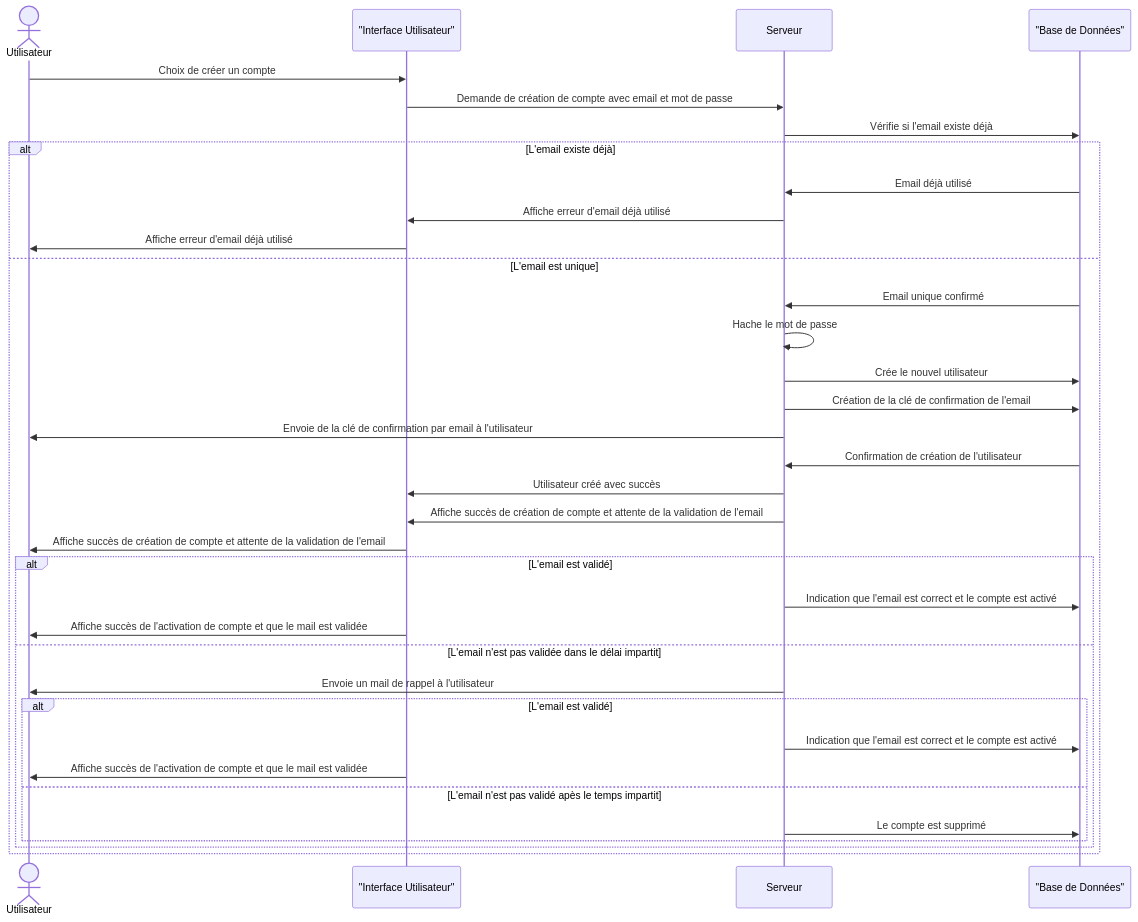
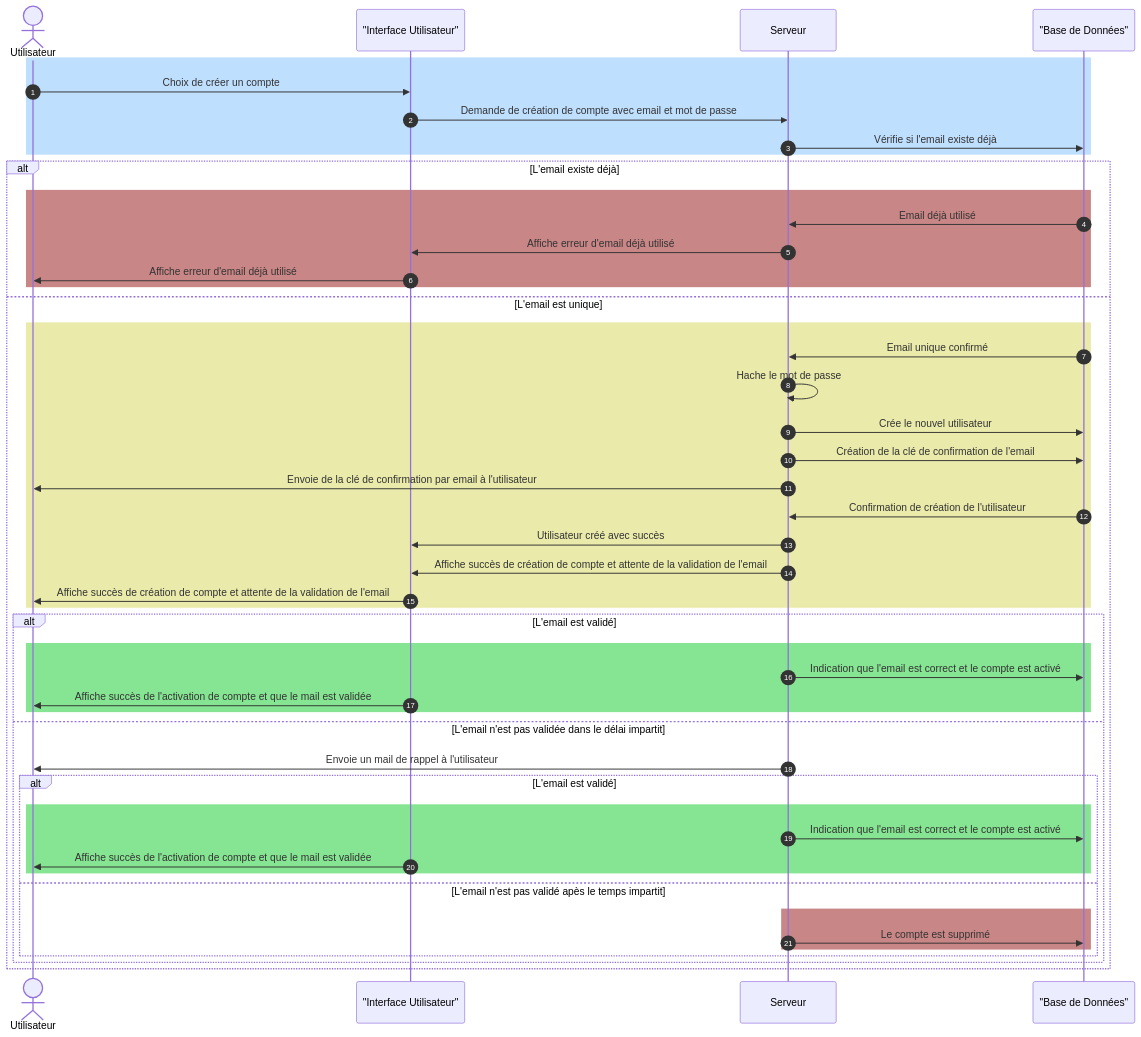
Before and after one commit to ecorbisierSimplon/chefdoeuvre: the diagram in 04_SEQUENCE_DIAGRAMME.md, drawn with Mermaid.

Commit message:
Change Diagramme

````diff
--- a/04_SEQUENCE_DIAGRAMME.md
+++ b/04_SEQUENCE_DIAGRAMME.md
@@ -3,40 +3,53 @@
 ```mermaid
 sequenceDiagram
+    autonumber
     actor U as Utilisateur
     participant UI as "Interface Utilisateur"
     participant S as Serveur
     participant DB as "Base de Données"
 
-    U->>UI: Choix de créer un compte
-    UI->>S: Demande de création de compte avec email et mot de passe
-    S->>DB: Vérifie si l'email existe déjà
+    rect rgb(191, 223, 255)
+        U->>UI: Choix de créer un compte
+        UI->>S: Demande de création de compte avec email et mot de passe
+        S->>DB: Vérifie si l'email existe déjà
+    end
     alt L'email existe déjà
-        DB->>S: Email déjà utilisé
-        S->>UI: Affiche erreur d'email déjà utilisé
-        UI->>U: Affiche erreur d'email déjà utilisé
+        rect rgb(201 134 134)
+            DB->>S: Email déjà utilisé
+            S->>UI: Affiche erreur d'email déjà utilisé
+            UI->>U: Affiche erreur d'email déjà utilisé
+        end
     else L'email est unique
-        DB->>S: Email unique confirmé
-        S->>S: Hache le mot de passe
-        S->>DB: Crée le nouvel utilisateur
-        S->>DB: Création de la clé de confirmation de l'email
-        S->>U: Envoie de la clé de confirmation par email à l'utilisateur
-        DB->>S: Confirmation de création de l'utilisateur
-        S->>UI: Utilisateur créé avec succès
-        S->>UI: Affiche succès de création de compte et attente de la validation de l'email
-        UI->>U: Affiche succès de création de compte et attente de la validation de l'email
+        rect rgb(234 235 171)
+            DB->>S: Email unique confirmé
+            S->>S: Hache le mot de passe
+            S->>DB: Crée le nouvel utilisateur
+            S->>DB: Création de la clé de confirmation de l'email
+            S->>U: Envoie de la clé de confirmation par email à l'utilisateur
+            DB->>S: Confirmation de création de l'utilisateur
+            S->>UI: Utilisateur créé avec succès
+            S->>UI: Affiche succès de création de compte et attente de la validation de l'email
+            UI->>U: Affiche succès de création de compte et attente de la validation de l'email
+        end
         alt L'email est validé
-            S->>DB: Indication que l'email est correct et le compte est activé
-            UI->>U: Affiche succès de l'activation de compte et que le mail est validée
+            rect rgb(134 229 146)
+                S->>DB: Indication que l'email est correct et le compte est activé
+                UI->>U: Affiche succès de l'activation de compte et que le mail est validée
+            end
         else L'email n'est pas validée dans le délai impartit
                 S->>U: Envoie un mail de rappel à l'utilisateur
             alt L'email est validé
-                S->>DB: Indication que l'email est correct et le compte est activé
-                UI->>U: Affiche succès de l'activation de compte et que le mail est validée
+                rect rgb(134 229 146)
+                    S->>DB: Indication que l'email est correct et le compte est activé
+                    UI->>U: Affiche succès de l'activation de compte et que le mail est validée
+                end
             else L'email n'est pas validé apès le temps impartit
-                S->>DB: Le compte est supprimé
+                rect rgb(201 134 134)
+                    S->>DB: Le compte est supprimé
+                end
             end
         end
     end
 
 
 ```
````
